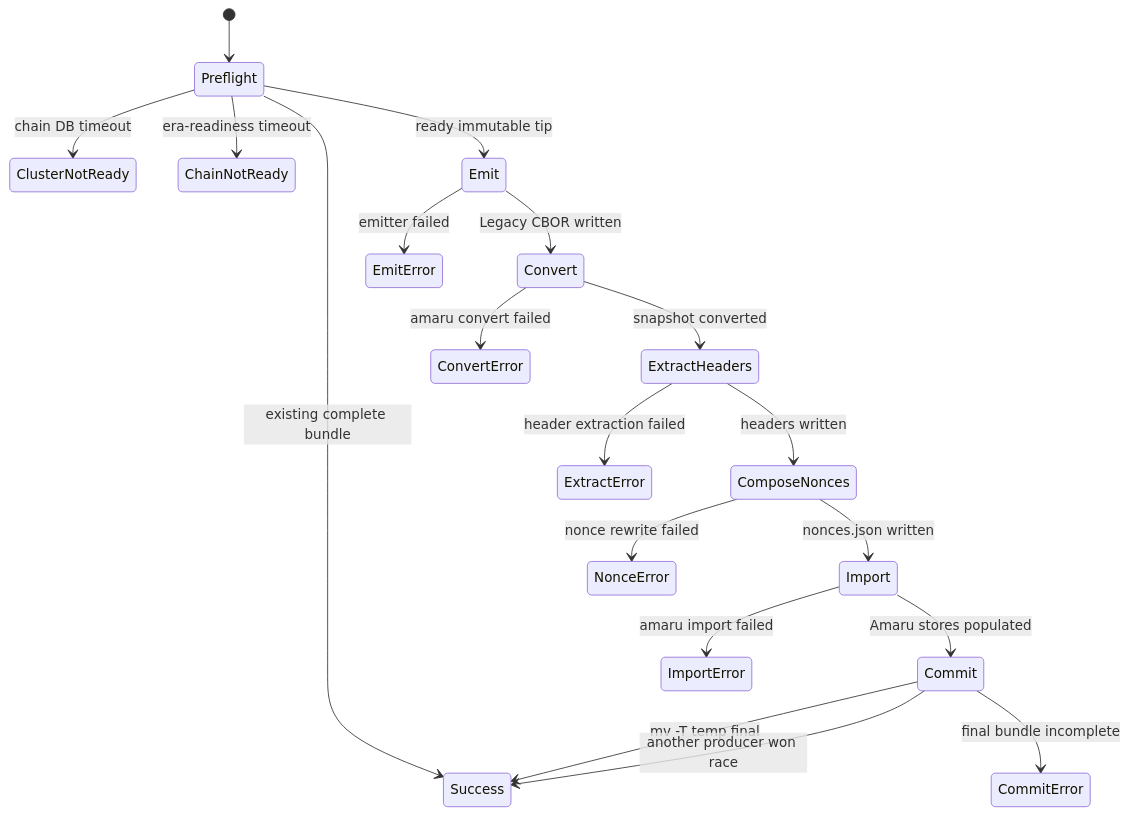
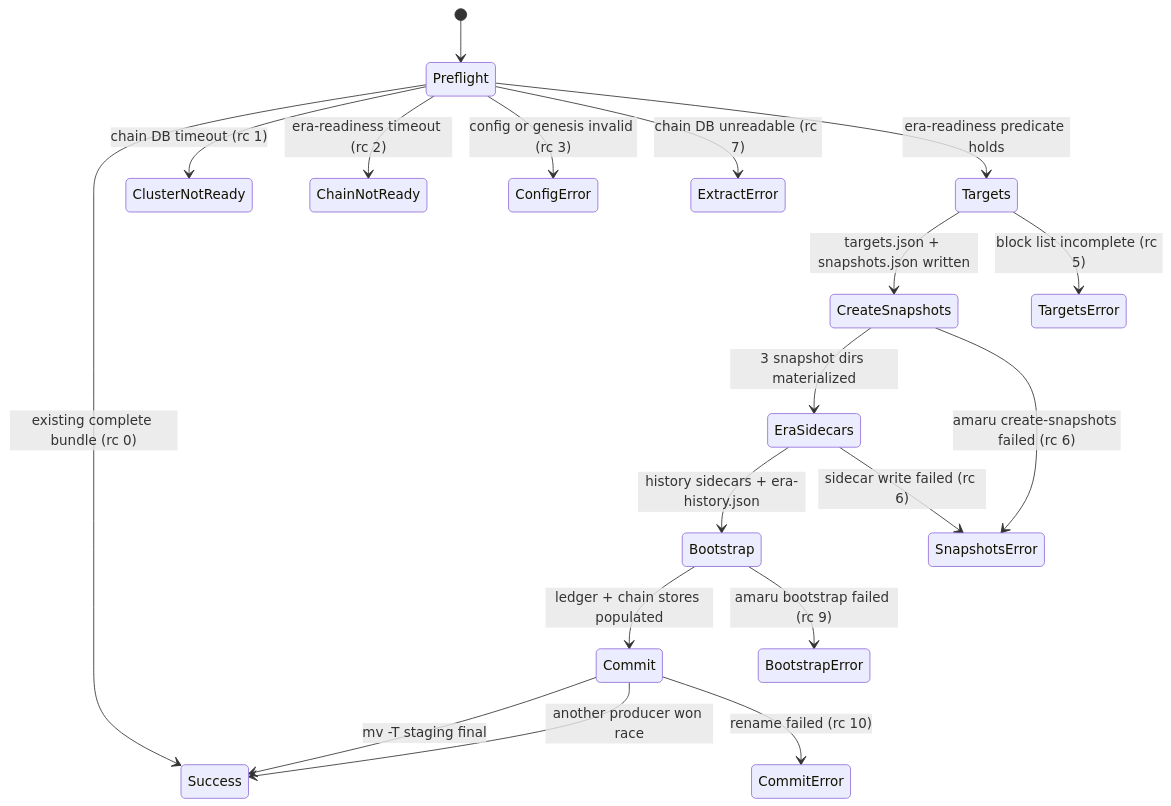
One commit to lambdasistemi/amaru-bootstrap changed the fifth of 8 diagrams in docs/architecture.md. Above: the diagram before and after it, drawn with Mermaid. The commit also changed other lines of this file and 6 other files, not shown here.

Commit message:
docs: align site pages with the create-snapshots + bootstrap pipeline

````diff
--- a/docs/architecture.md
+++ b/docs/architecture.md
@@ -124,27 +132,26 @@
 ```mermaid
 stateDiagram-v2
     [*] --> Preflight
-    Preflight --> Success: existing complete bundle
-    Preflight --> ClusterNotReady: chain DB timeout
-    Preflight --> ChainNotReady: era-readiness timeout
-    Preflight --> Emit: ready immutable tip
+    Preflight --> Success: existing complete bundle (rc 0)
+    Preflight --> ClusterNotReady: chain DB timeout (rc 1)
+    Preflight --> ChainNotReady: era-readiness timeout (rc 2)
+    Preflight --> ConfigError: config or genesis invalid (rc 3)
+    Preflight --> ExtractError: chain DB unreadable (rc 7)
+    Preflight --> Targets: era-readiness predicate holds
 
-    Emit --> Convert: Legacy CBOR written
-    Emit --> EmitError: emitter failed
+    Targets --> CreateSnapshots: targets.json + snapshots.json written
+    Targets --> TargetsError: block list incomplete (rc 5)
 
-    Convert --> ExtractHeaders: snapshot converted
-    Convert --> ConvertError: amaru convert failed
+    CreateSnapshots --> EraSidecars: 3 snapshot dirs materialized
+    CreateSnapshots --> SnapshotsError: amaru create-snapshots failed (rc 6)
 
-    ExtractHeaders --> ComposeNonces: headers written
-    ExtractHeaders --> ExtractError: header extraction failed
+    EraSidecars --> Bootstrap: history sidecars + era-history.json
+    EraSidecars --> SnapshotsError: sidecar write failed (rc 6)
 
-    ComposeNonces --> Import: nonces.json written
-    ComposeNonces --> NonceError: nonce rewrite failed
+    Bootstrap --> Commit: ledger + chain stores populated
+    Bootstrap --> BootstrapError: amaru bootstrap failed (rc 9)
 
-    Import --> Commit: Amaru stores populated
-    Import --> ImportError: amaru import failed
-
-    Commit --> Success: mv -T temp final
+    Commit --> Success: mv -T staging final
     Commit --> Success: another producer won race
-    Commit --> CommitError: final bundle incomplete
+    Commit --> CommitError: rename failed (rc 10)
 ```
````
